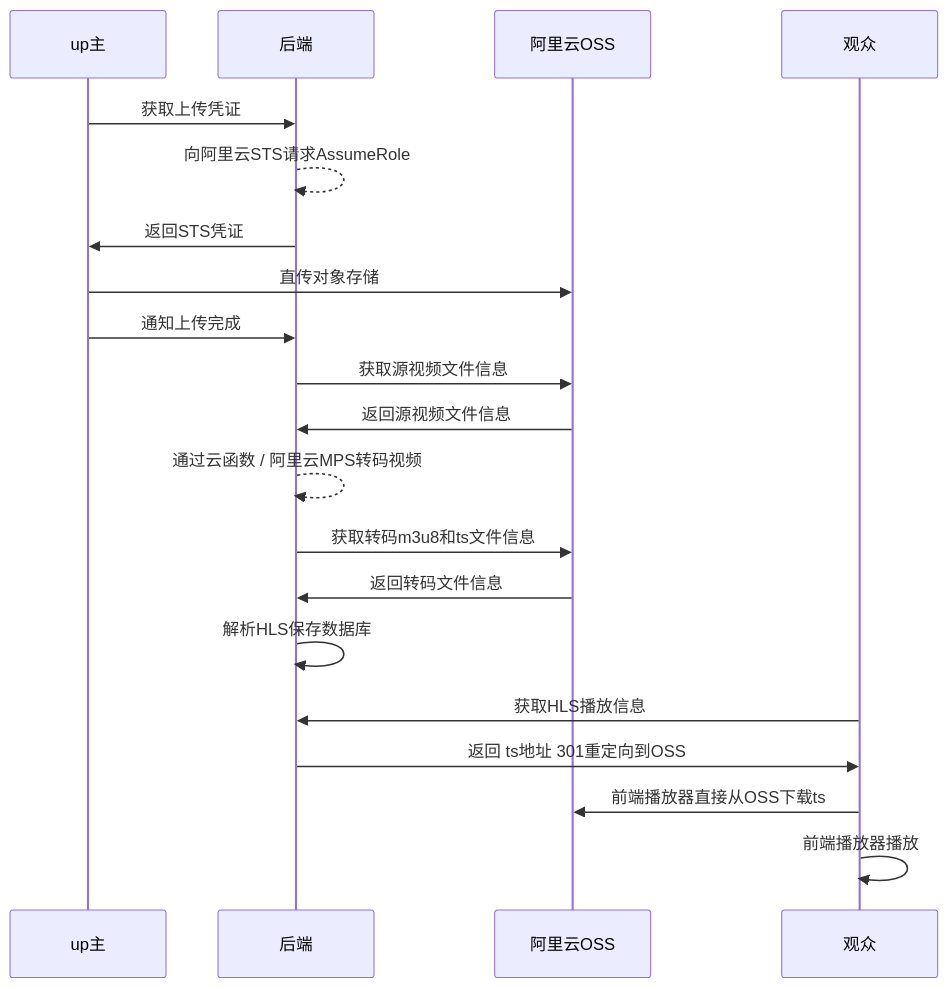
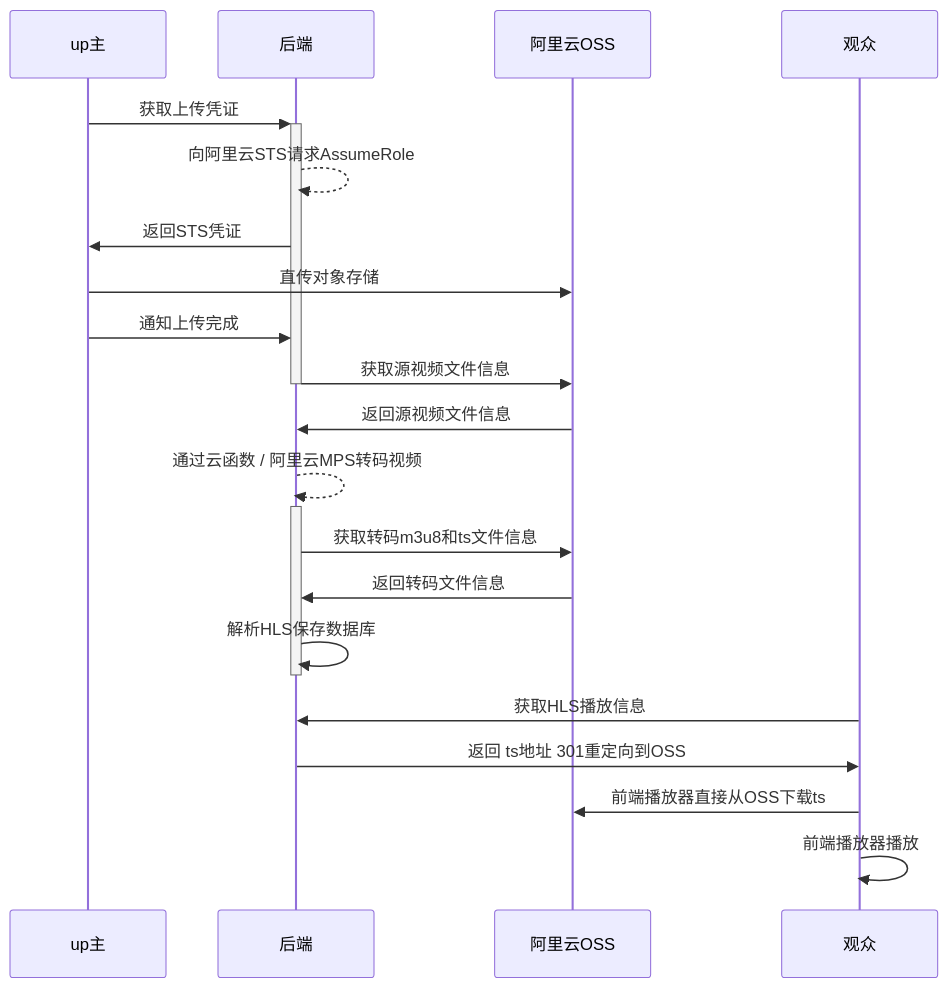
One commit to makewheels/video-2022 changed the diagram in README.md. Above: the diagram before and after it, drawn with Mermaid.

````diff
--- a/README.md
+++ b/README.md
@@ -86,18 +86,18 @@
 ```mermaid
 sequenceDiagram
-    up主->>后端: 获取上传凭证
+    up主->>+后端: 获取上传凭证
     后端-->>后端: 向阿里云STS请求AssumeRole
     后端->>up主: 返回STS凭证
     up主->>阿里云OSS: 直传对象存储
     up主->>后端: 通知上传完成
-    后端->>阿里云OSS: 获取源视频文件信息
+    后端->>-阿里云OSS: 获取源视频文件信息
     阿里云OSS->>后端: 返回源视频文件信息
-    后端-->>后端: 通过云函数 / 阿里云MPS转码视频
+    后端-->>+后端: 通过云函数 / 阿里云MPS转码视频
     后端->>阿里云OSS: 获取转码m3u8和ts文件信息
     阿里云OSS->>后端: 返回转码文件信息
-    后端->>后端: 解析HLS保存数据库
+    后端->>-后端: 解析HLS保存数据库
     观众->>后端: 获取HLS播放信息
     后端->>观众: 返回 ts地址 301重定向到OSS
     观众->>阿里云OSS: 前端播放器直接从OSS下载ts
     观众->>观众: 前端播放器播放
 ```
````
